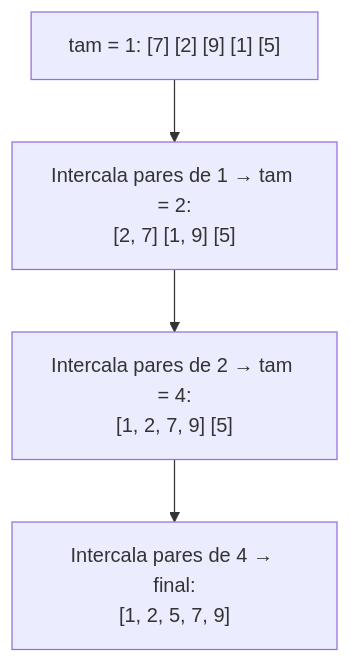
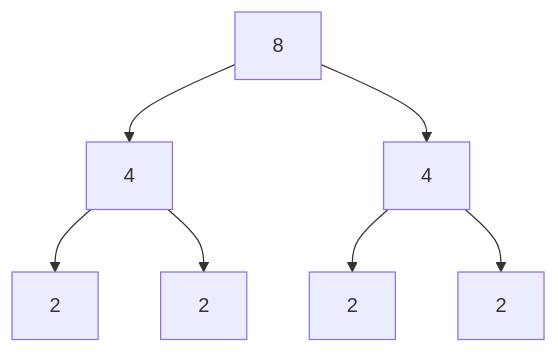
One commit to Lip3Bazinga/v0-level-usp-project changed the diagram in content/cursos/n3-estruturas-de-dados-e-algoritmos/04-busca-e-ordenacao/03-merge-sort.lvl.md. Above: the diagram before and after it, drawn with Mermaid. The commit also changed other lines of this file and 20 other files, not shown here.

````diff
--- a/content/cursos/n3-estruturas-de-dados-e-algoritmos/04-busca-e-ordenacao/03-merge-sort.lvl.md
+++ b/content/cursos/n3-estruturas-de-dados-e-algoritmos/04-busca-e-ordenacao/03-merge-sort.lvl.md
@@ -221,6 +259,9 @@
 ```mermaid
 flowchart TD
-    A["tam = 1: [7] [2] [9] [1] [5]"] --> B["Intercala pares de 1 → tam = 2:<br/>[2, 7] [1, 9] [5]"]
-    B --> C["Intercala pares de 2 → tam = 4:<br/>[1, 2, 7, 9] [5]"]
-    C --> D["Intercala pares de 4 → final:<br/>[1, 2, 5, 7, 9]"]
+    A["8"] --> B["4"]
+    A --> C["4"]
+    B --> D["2"]
+    B --> E["2"]
+    C --> F["2"]
+    C --> G["2"]
 ```
````
